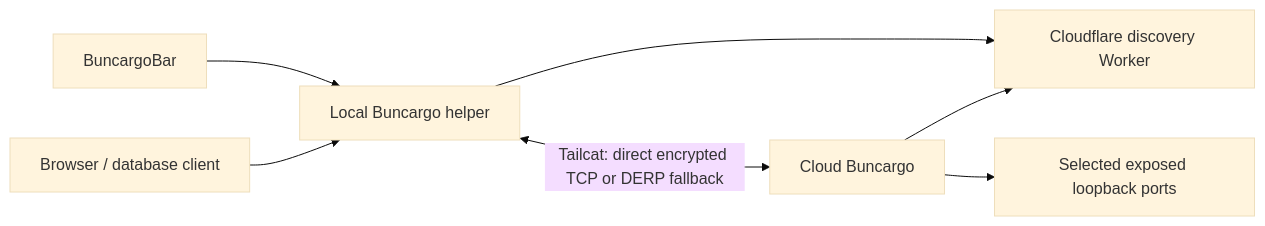
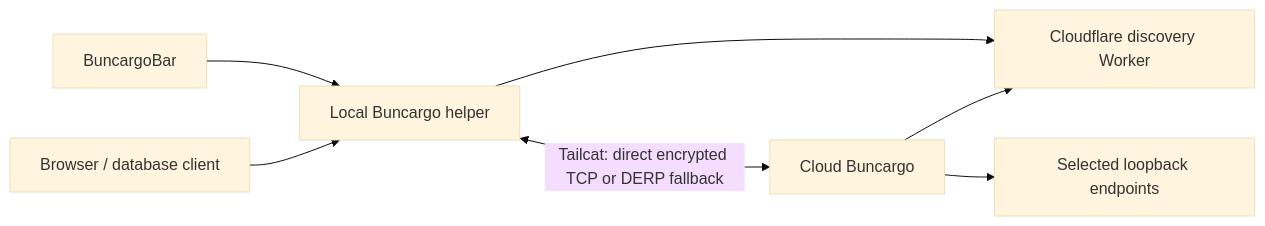
One commit to HansKristoffer/buncargo changed the diagram in docs/cloud-connect-plan.md. Above: the diagram before and after it, drawn with Mermaid (base theme). The commit also changed other lines of this file and 25 other files, not shown here.

````diff
--- a/docs/cloud-connect-plan.md
+++ b/docs/cloud-connect-plan.md
@@ -11,9 +13,9 @@
 ```mermaid
 flowchart LR
   Bar[BuncargoBar] --> Helper[Local Buncargo helper]
   Helper --> Directory[Cloudflare discovery Worker]
   Cloud[Cloud Buncargo] --> Directory
   Browser[Browser / database client] --> Helper
   Helper <-->|Tailcat: direct encrypted TCP or DERP fallback| Cloud
-  Cloud --> Apps[Selected exposed loopback ports]
+  Cloud --> Apps[Selected loopback endpoints]
 ```
````
